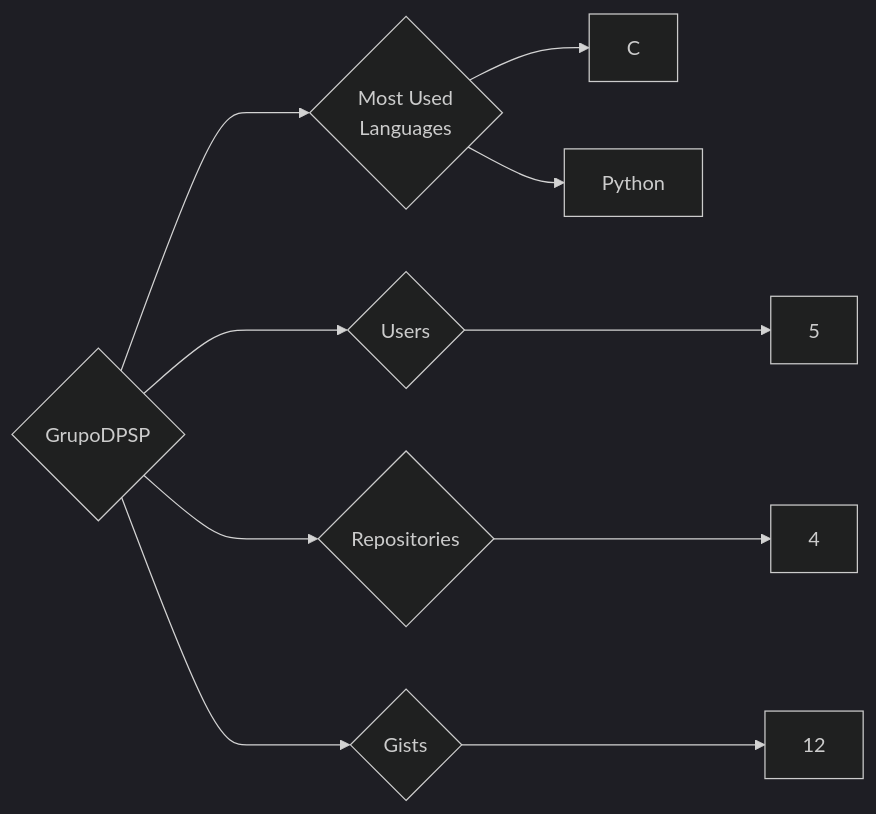
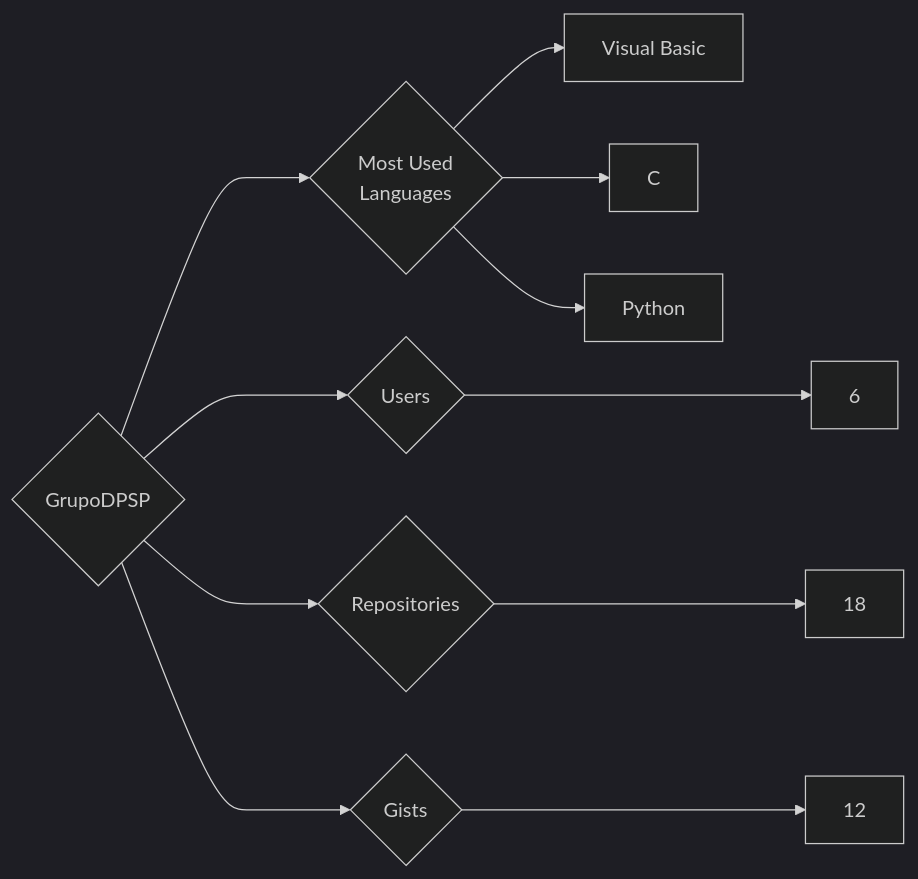
One commit to trickest/insiders changed the diagram in targets/GrupoDPSP/README.md. Above: the diagram before and after it, drawn with Mermaid (dark theme). The commit also changed 985 other files, not shown here.

````diff
--- a/targets/GrupoDPSP/README.md
+++ b/targets/GrupoDPSP/README.md
@@ -3,10 +3,11 @@
 ```mermaid
 graph LR
 COMPANY_NAME{GrupoDPSP}
-COMPANY_NAME ---> U{Users} ---> UN[5]
-COMPANY_NAME ---> R{Repositories} ---> RN[4]
+COMPANY_NAME ---> U{Users} ---> UN[6]
+COMPANY_NAME ---> R{Repositories} ---> RN[18]
 COMPANY_NAME ---> G{Gists} ---> GN[12]
 COMPANY_NAME ---> ML{Most Used<br>Languages}
+ML --> Visual_Basic[Visual Basic]
 ML --> C[C]
 ML --> Python[Python]
 ```
````
